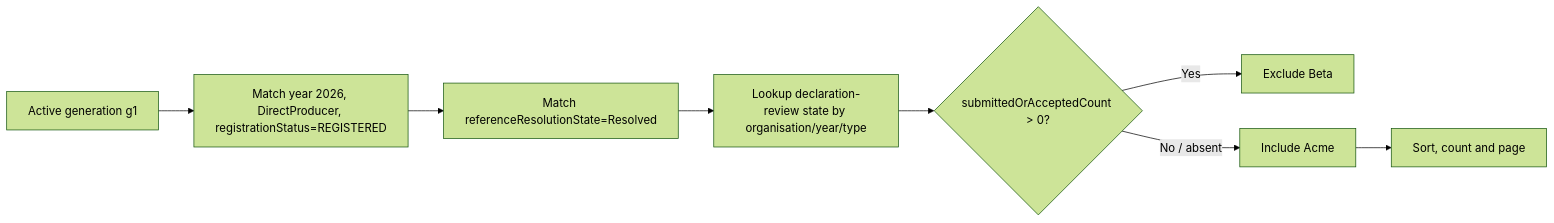
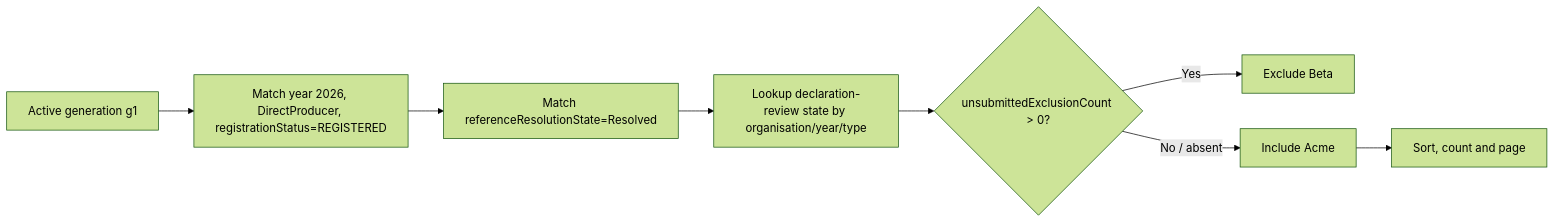
The second of 2 diagrams in docs/unsubmitted-compliance-declarations-design.md (DEFRA/waste-obligations), drawn with Mermaid (forest theme) before and after one commit. The commit also changed other lines of this file and 9 other files, not shown here.

Commit message:
Clarify unsubmitted exclusion count

````diff
--- a/docs/unsubmitted-compliance-declarations-design.md
+++ b/docs/unsubmitted-compliance-declarations-design.md
@@ -1106,10 +1106,10 @@
 ```mermaid
 flowchart LR
     A["Active generation g1"] --> B["Match year 2026, DirectProducer, registrationStatus=REGISTERED"]
     B --> C["Match referenceResolutionState=Resolved"]
     C --> D["Lookup declaration-review state by organisation/year/type"]
-    D --> E{"submittedOrAcceptedCount > 0?"}
+    D --> E{"unsubmittedExclusionCount > 0?"}
     E -- "Yes" --> F["Exclude Beta"]
     E -- "No / absent" --> G["Include Acme"]
     G --> H["Sort, count and page"]
 ```
````
